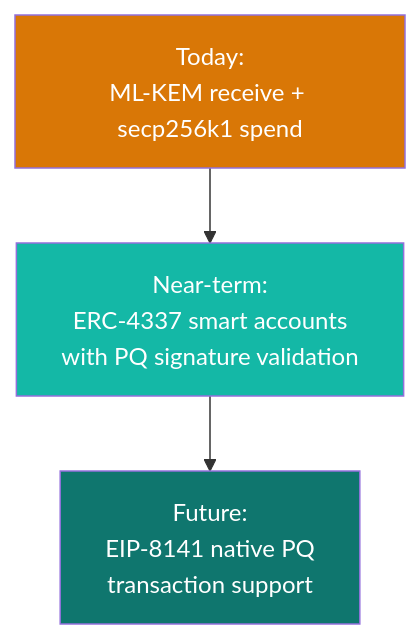
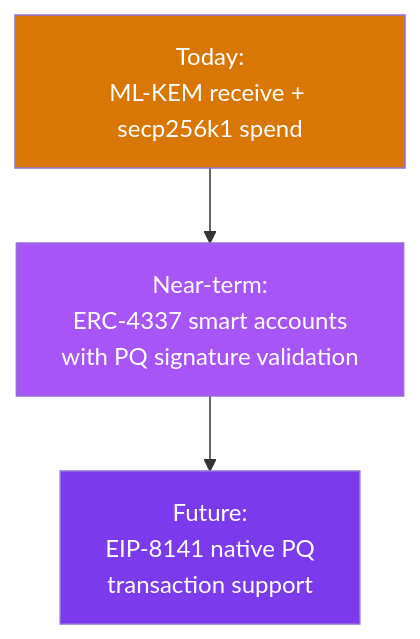
One commit to specter-privacy/docs changed the second of 2 diagrams in docs/how-it-works/security-boundaries.mdx. Above: the diagram before and after it, drawn with Mermaid. The commit also changed other lines of this file and 81 other files, not shown here.

````diff
--- a/docs/how-it-works/security-boundaries.mdx
+++ b/docs/how-it-works/security-boundaries.mdx
@@ -109,9 +109,9 @@
 ```mermaid
 flowchart TD
     A["Today:\nML-KEM receive + secp256k1 spend"] --> B["Near-term:\nERC-4337 smart accounts\nwith PQ signature validation"]
     B --> C["Future:\nEIP-8141 native PQ\ntransaction support"]
 
     style A fill:#d97706,color:#fff
-    style B fill:#14B8A6,color:#fff
-    style C fill:#0F766E,color:#fff
+    style B fill:#a855f7,color:#fff
+    style C fill:#7c3aed,color:#fff
 ```
````
